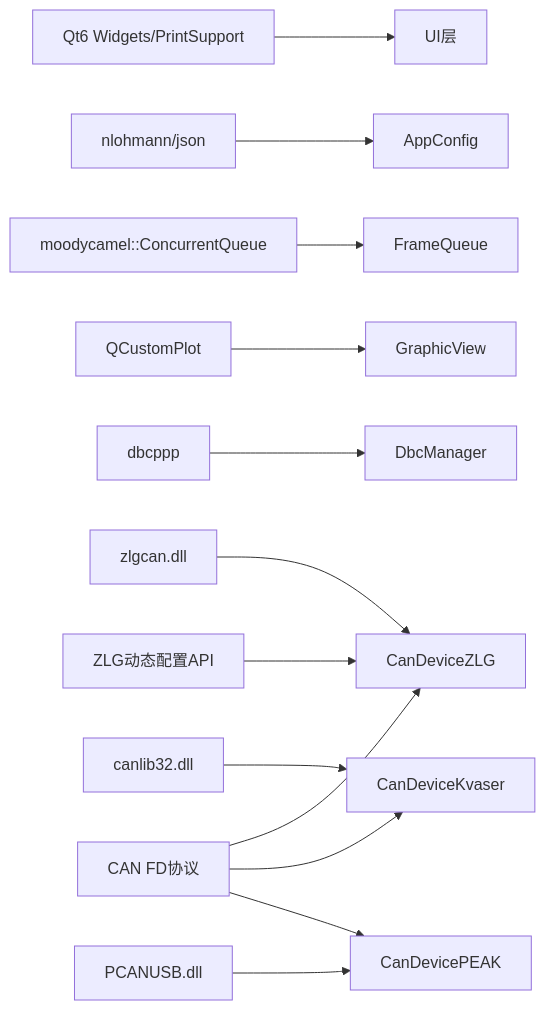
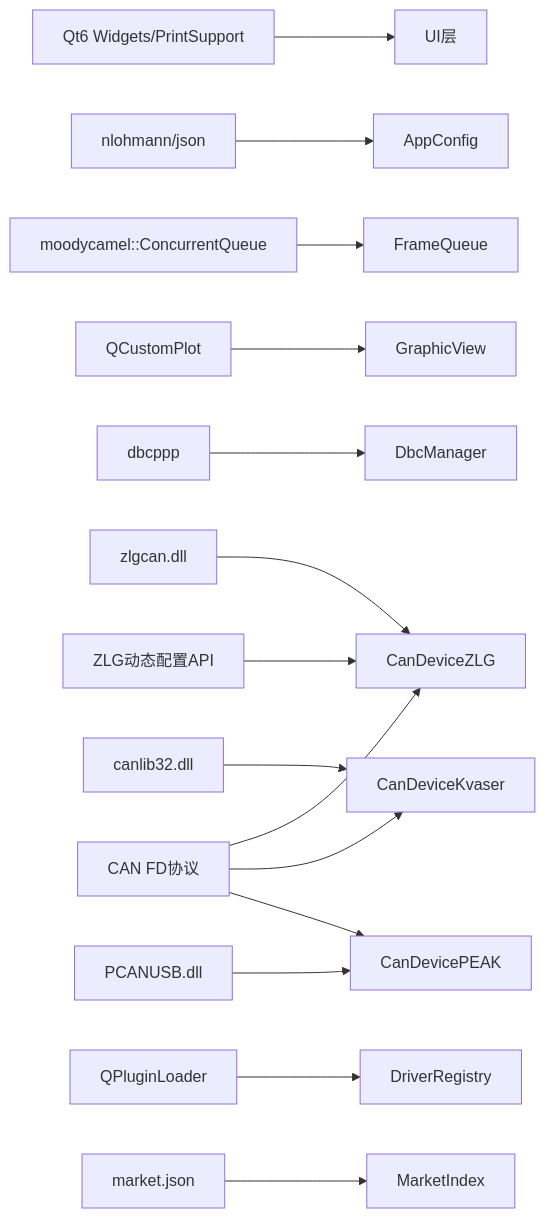
Before and after one commit to jakecai1225-design/OpenBus: the seventh of 7 diagrams in .qoder/repowiki/zh/content/核心模块详解/CAN设备管理系统.md, drawn with Mermaid. The commit also changed other lines of this file and 40 other files, not shown here.

````diff
--- a/.qoder/repowiki/zh/content/核心模块详解/CAN设备管理系统.md
+++ b/.qoder/repowiki/zh/content/核心模块详解/CAN设备管理系统.md
@@ -627,15 +495,17 @@
 ```mermaid
 graph LR
 Qt["Qt6 Widgets/PrintSupport"] --> UI["UI层"]
 JSON["nlohmann/json"] --> CFG["AppConfig"]
 MQ["moodycamel::ConcurrentQueue"] --> Q["FrameQueue"]
 QCP["QCustomPlot"] --> GV["GraphicView"]
 DBCPP["dbcppp"] --> DM["DbcManager"]
 ZLG["zlgcan.dll"] --> ZLGDRV["CanDeviceZLG"]
 KVASER["canlib32.dll"] --> KVASERDRV["CanDeviceKvaser"]
 PEAK["PCANUSB.dll"] --> PEAKDRV["CanDevicePEAK"]
+PLUGIN["QPluginLoader"] --> DRIVERREG["DriverRegistry"]
+MARKET["market.json"] --> MARKETIDX["MarketIndex"]
 CFD["CAN FD协议"] --> ZLGDRV
 CFD --> KVASERDRV
 CFD --> PEAKDRV
 ZCFG["ZLG动态配置API"] --> ZLGDRV
 ```
````
